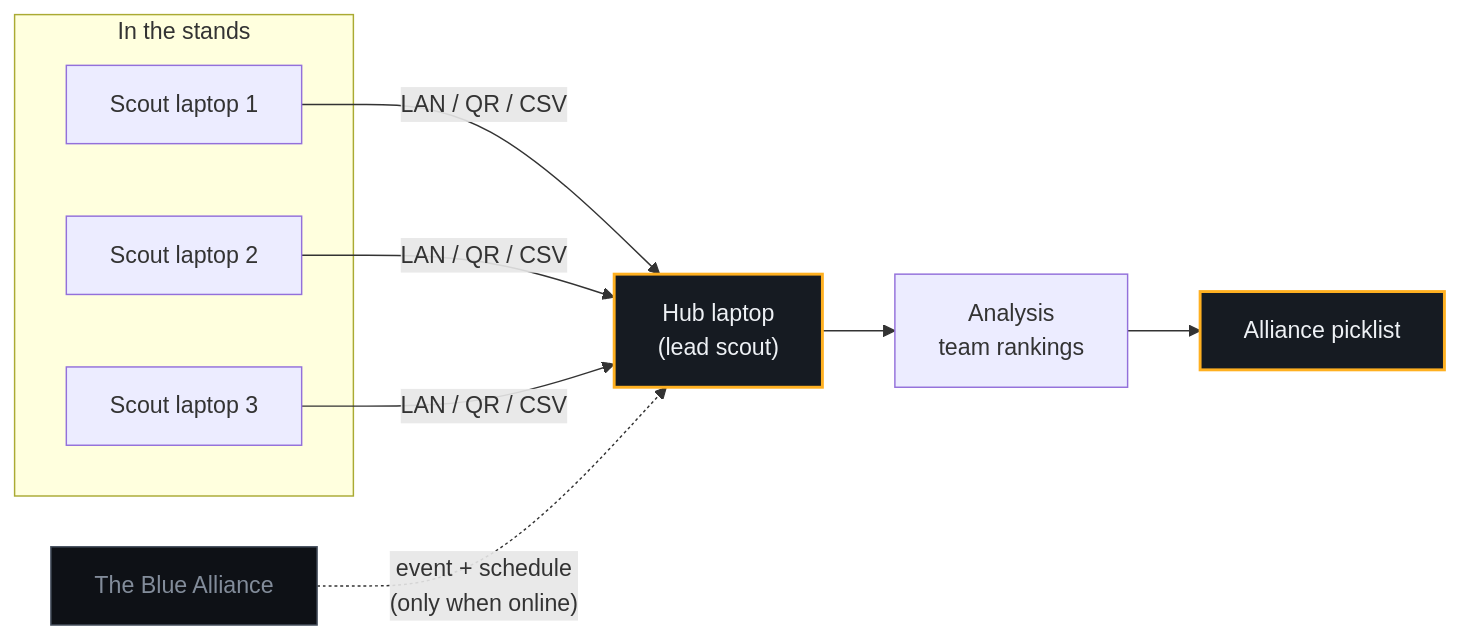
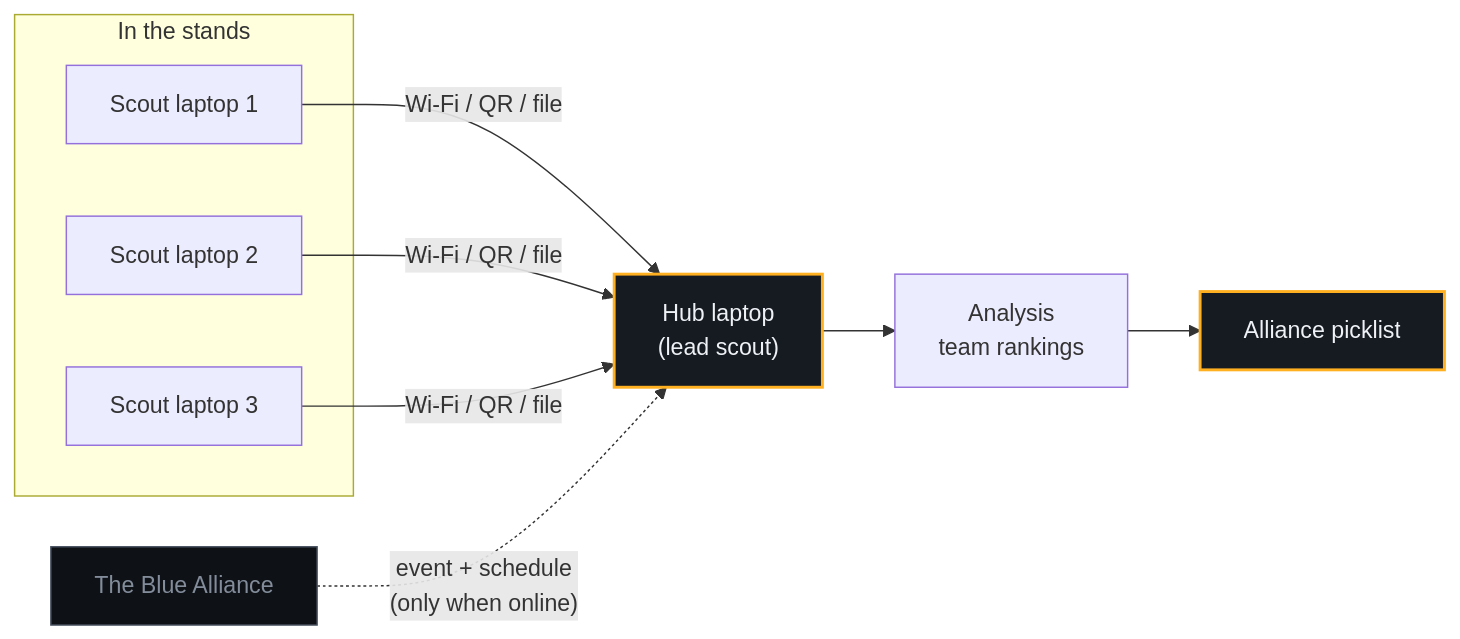
The diagram in README.md (rishanreddy/matchbook), drawn with Mermaid before and after one commit. The commit also changed other lines of this file and 104 other files, not shown here.

````diff
--- a/README.md
+++ b/README.md
@@ -37,22 +41,22 @@
 ```mermaid
 flowchart LR
     subgraph stands["In the stands"]
         S1["Scout laptop 1"]
         S2["Scout laptop 2"]
         S3["Scout laptop 3"]
     end
 
     HUB["Hub laptop<br/>(lead scout)"]
 
-    S1 -- "LAN / QR / CSV" --> HUB
-    S2 -- "LAN / QR / CSV" --> HUB
-    S3 -- "LAN / QR / CSV" --> HUB
+    S1 -- "Wi-Fi / QR / file" --> HUB
+    S2 -- "Wi-Fi / QR / file" --> HUB
+    S3 -- "Wi-Fi / QR / file" --> HUB
 
     TBA["The Blue Alliance"] -. "event + schedule<br/>(only when online)" .-> HUB
     HUB --> AN["Analysis<br/>team rankings"]
     AN --> PICK["Alliance picklist"]
 
     style HUB fill:#161b22,stroke:#ffb020,stroke-width:2px,color:#eef1f5
     style PICK fill:#161b22,stroke:#ffb020,stroke-width:2px,color:#eef1f5
     style TBA fill:#0e1116,stroke:#4a5462,color:#828c9a
 ```
````
